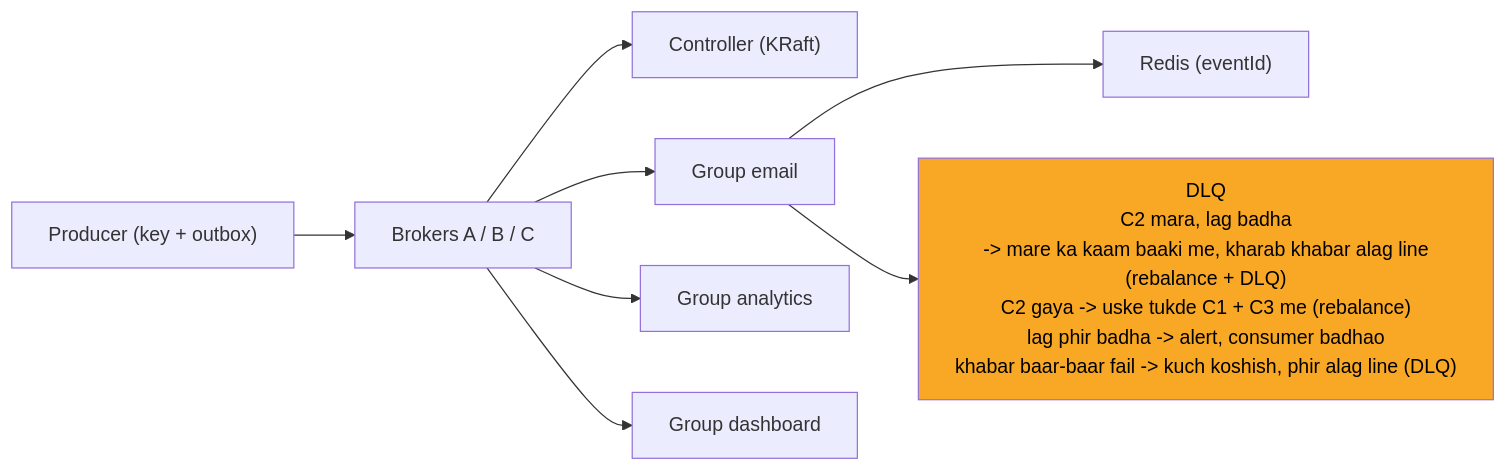
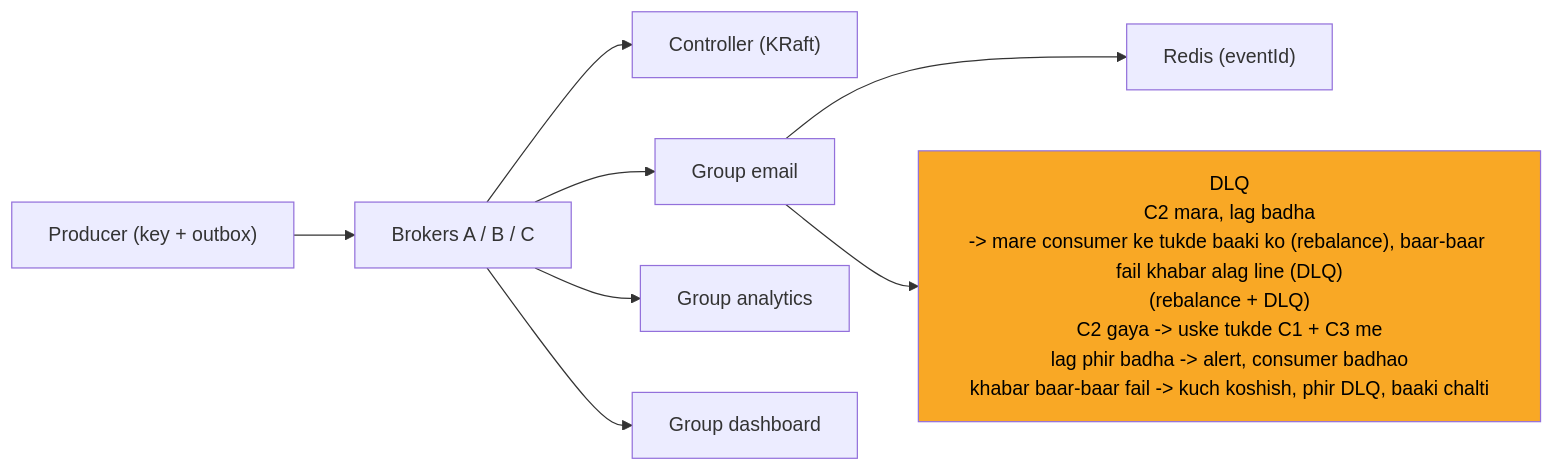
The tenth of 12 diagrams in 04_HLD/SYSTEM_DESIGNS/12_message_queue_kafka/12_message_queue_kafka.md (ArpanMaheshwari144/Prep), drawn with Mermaid before and after one commit. The commit also changed other lines of this file and 13 other files, not shown here.

````diff
--- a/04_HLD/SYSTEM_DESIGNS/12_message_queue_kafka/12_message_queue_kafka.md
+++ b/04_HLD/SYSTEM_DESIGNS/12_message_queue_kafka/12_message_queue_kafka.md
@@ -367,20 +366,20 @@
 ```mermaid
 %%{init: {"flowchart": {"wrappingWidth": 450}}}%%
 flowchart LR
     n_P["Producer (key + outbox)"]
     n_B["Brokers A / B / C"]
     n_K["Controller (KRaft)"]
     n_GE["Group email"]
     n_R["Redis (eventId)"]
-    n_DLQ["DLQ<br/>C2 mara, lag badha<br/>-> mare ka kaam baaki me, kharab khabar alag line<br/>(rebalance + DLQ)<br/>C2 gaya -> uske tukde C1 + C3 me (rebalance)<br/>lag phir badha -> alert, consumer badhao<br/>khabar baar-baar fail -> kuch koshish, phir alag line (DLQ)"]
+    n_DLQ["DLQ<br/>C2 mara, lag badha<br/>-> mare consumer ke tukde baaki ko (rebalance), baar-baar fail khabar alag line (DLQ)<br/>(rebalance + DLQ)<br/>C2 gaya -> uske tukde C1 + C3 me<br/>lag phir badha -> alert, consumer badhao<br/>khabar baar-baar fail -> kuch koshish, phir DLQ, baaki chalti"]
     n_GA["Group analytics"]
     n_GD["Group dashboard"]
     n_P --> n_B
     n_B --> n_K
     n_B --> n_GE
     n_B --> n_GA
     n_B --> n_GD
     n_GE --> n_R
     n_GE --> n_DLQ
     style n_DLQ fill:#f9a825,color:#000
 ```
````
